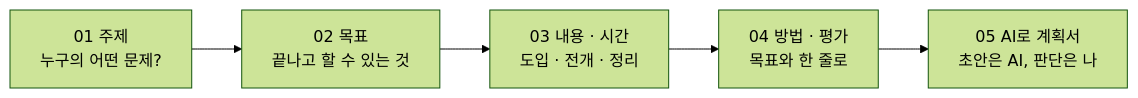
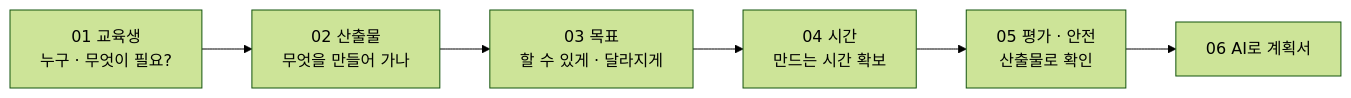
Before and after one commit to skydiver846/fire-ai-classroom: the diagram in instructor/lesson-design/강의설계_00_강의안내.md, drawn with Mermaid (forest theme). The commit also changed other lines of this file and 22 other files, not shown here.

First line of the commit message:
강의 설계 워크숍을 '교육생 맞춤 · 산출물 중심' 설계로 다시 짬

````diff
--- a/instructor/lesson-design/강의설계_00_강의안내.md
+++ b/instructor/lesson-design/강의설계_00_강의안내.md
@@ -22,7 +34,8 @@
 ```mermaid
 graph LR
-    A["01 주제<br/>누구의 어떤 문제?"] --> B["02 목표<br/>끝나고 할 수 있는 것"]
-    B --> C["03 내용 · 시간<br/>도입 · 전개 · 정리"]
-    C --> D["04 방법 · 평가<br/>목표와 한 줄로"]
-    D --> E["05 AI로 계획서<br/>초안은 AI, 판단은 나"]
+    A["01 교육생<br/>누구 · 무엇이 필요?"] --> B["02 산출물<br/>무엇을 만들어 가나"]
+    B --> C["03 목표<br/>할 수 있게 · 달라지게"]
+    C --> D["04 시간<br/>만드는 시간 확보"]
+    D --> E["05 평가 · 안전<br/>산출물로 확인"]
+    E --> F["06 AI로 계획서"]
 ```
````
